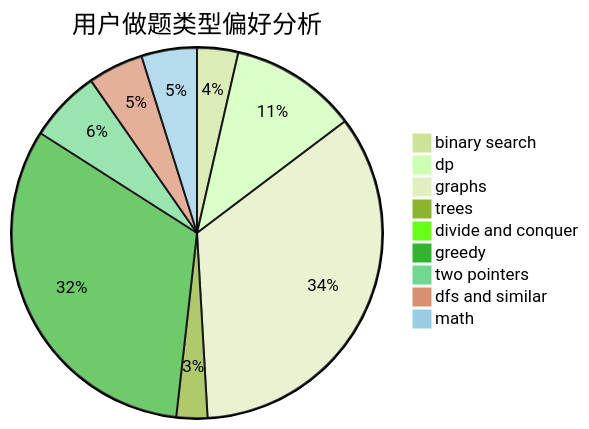
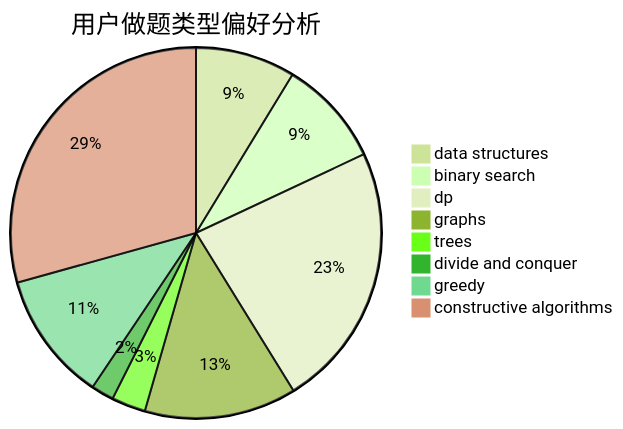
The second of 3 diagrams in docs/user/u768.md (sherpahu/cfrs.github.io), drawn with Mermaid (forest theme) before and after one commit. The commit also changed other lines of this file and 2775 other files, not shown here.

````diff
--- a/docs/user/u768.md
+++ b/docs/user/u768.md
@@ -23,12 +23,11 @@
 ```mermaid
 pie title 用户做题类型偏好分析
-    "binary search" :  57
-    "dp" :  177
-    "graphs" :  547
-    "trees" :  43
-    "divide and conquer" :  15
-    "greedy" :  513
-    "two pointers" :  100
-    "dfs and similar" :  77
-    "math" :  77
+    "data structures" :  44
+    "binary search" :  47
+    "dp" :  117
+    "graphs" :  67
+    "trees" :  15
+    "divide and conquer" :  10
+    "greedy" :  57
+    "constructive algorithms" :  148
 ```
````
